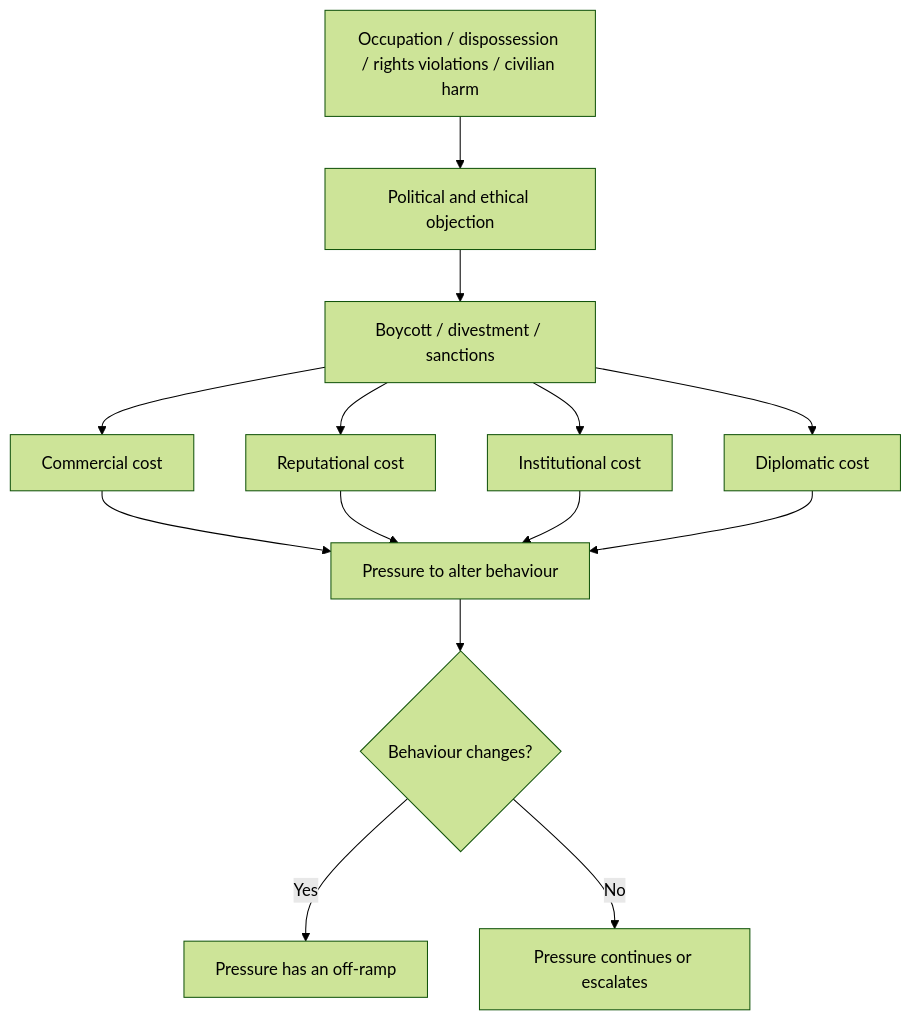
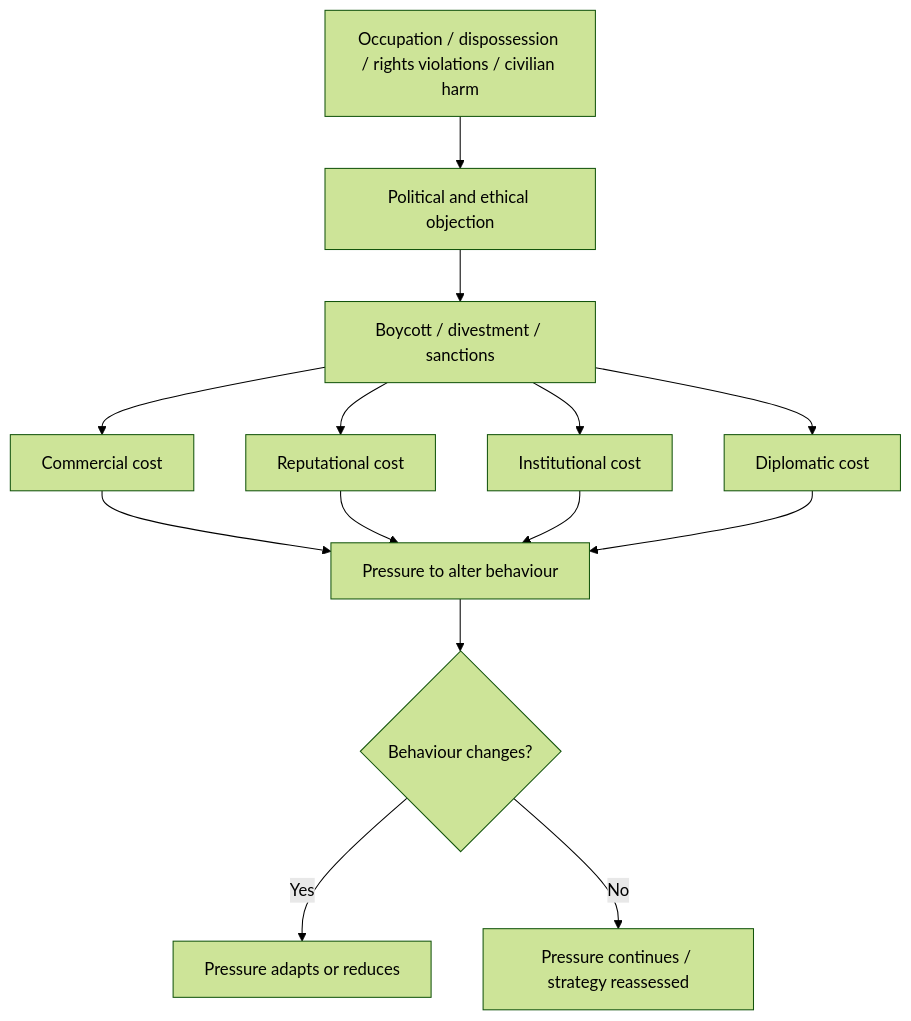
Before and after one commit to josefsbreakfast/Polaris-Protocol: the second of 8 diagrams in 🌓_3_In_The_Moment/📲_Press_Matters/🇵🇸_Palestine_Factchecking/🌍_Global_Powers/🎯_what_was_bds_supposed_to_do.md, drawn with Mermaid (forest theme). The commit also changed other lines of this file, not shown here.

````diff
--- a/🌓_3_In_The_Moment/📲_Press_Matters/🇵🇸_Palestine_Factchecking/🌍_Global_Powers/🎯_what_was_bds_supposed_to_do.md
+++ b/🌓_3_In_The_Moment/📲_Press_Matters/🇵🇸_Palestine_Factchecking/🌍_Global_Powers/🎯_what_was_bds_supposed_to_do.md
@@ -69,21 +49,21 @@
 ```mermaid
 flowchart TD
     A[Occupation / dispossession / rights violations / civilian harm]
     --> B[Political and ethical objection]
     --> C[Boycott / divestment / sanctions]
 
     C --> D1[Commercial cost]
     C --> D2[Reputational cost]
     C --> D3[Institutional cost]
     C --> D4[Diplomatic cost]
 
     D1 --> E[Pressure to alter behaviour]
     D2 --> E
     D3 --> E
     D4 --> E
 
     E --> F{Behaviour changes?}
 
-    F -->|Yes| G[Pressure has an off-ramp]
-    F -->|No| H[Pressure continues or escalates]
+    F -->|Yes| G[Pressure adapts or reduces]
+    F -->|No| H[Pressure continues / strategy reassessed]
 ```
````
